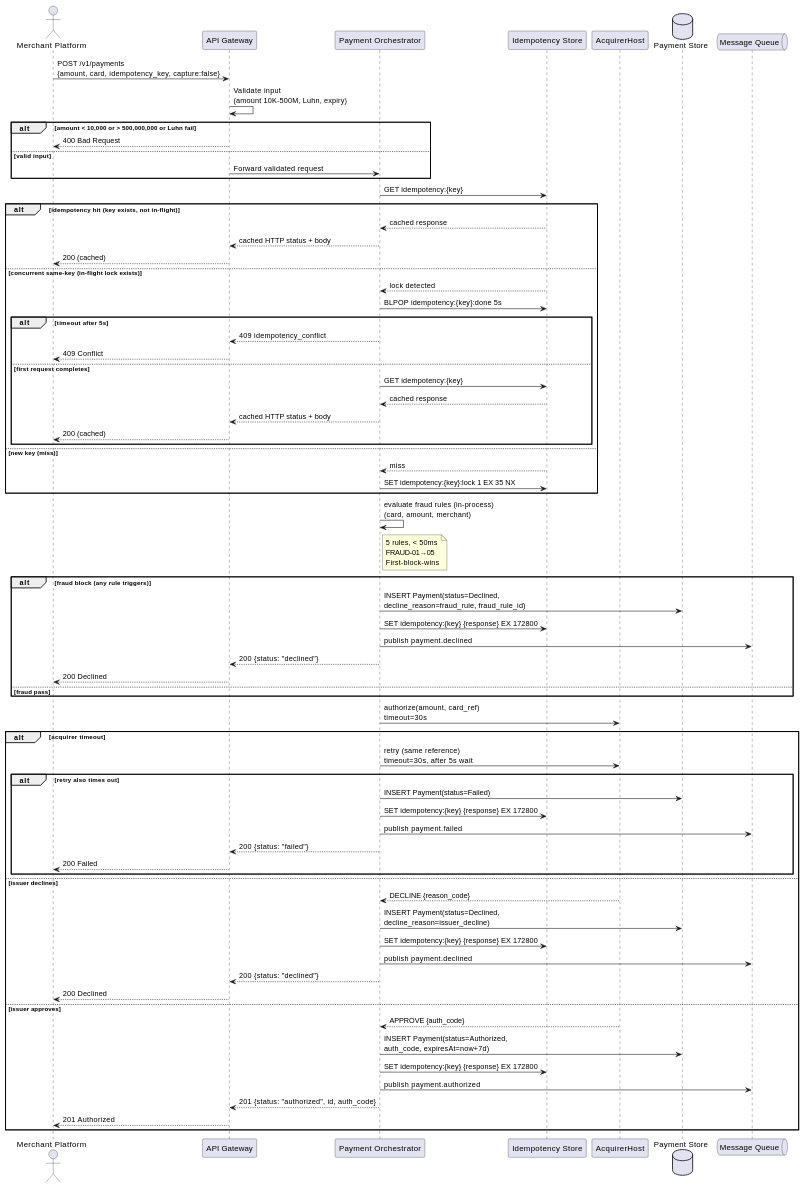
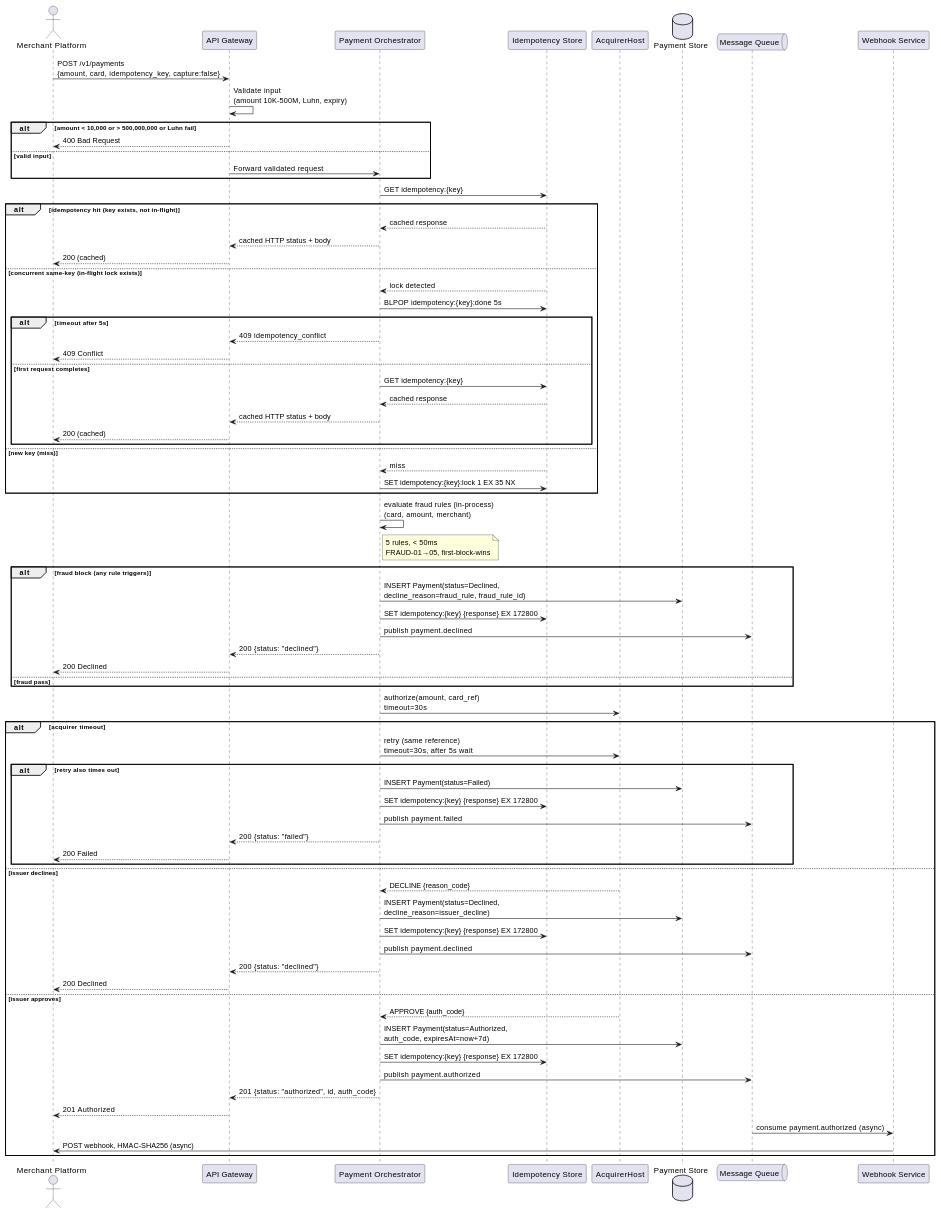
One commit to manhtienptit/team3 changed the first of 5 diagrams in Lb/Lab5-UML-LowLevel.md. Above: the diagram before and after it, drawn with PlantUML. The commit also changed other lines of this file and 1 other file, not shown here.

First line of the commit message:
Rewrite Lab5 and Lab6 in current style (no Guide, no header block)

```diff
--- a/Lb/Lab5-UML-LowLevel.md
+++ b/Lb/Lab5-UML-LowLevel.md
@@ -40,6 +21,7 @@
 participant "AcquirerHost" as Acquirer
 database "Payment Store" as PG
 queue "Message Queue" as MQ
+participant "Webhook Service" as Webhook
 
 Merchant -> APIGW : POST /v1/payments\n{amount, card, idempotency_key, capture:false}
 APIGW -> APIGW : Validate input\n(amount 10K–500M, Luhn, expiry)
@@ -74,7 +56,7 @@
 end
 
 Orch -> Orch : evaluate fraud rules (in-process)\n(card, amount, merchant)
-note right of Orch : 5 rules, < 50ms\nFRAUD-01→05\nFirst-block-wins
+note right of Orch : 5 rules, < 50ms\nFRAUD-01→05, first-block-wins
 
 alt fraud block (any rule triggers)
     Orch -> PG : INSERT Payment(status=Declined,\ndecline_reason=fraud_rule, fraud_rule_id)
@@ -110,6 +92,8 @@
     Orch -> MQ : publish payment.authorized
     Orch --> APIGW : 201 {status: "authorized", id, auth_code}
     APIGW --> Merchant : 201 Authorized
+    MQ -> Webhook : consume payment.authorized (async)
+    Webhook -> Merchant : POST webhook, HMAC-SHA256 (async)
 end
 
 @enduml
```
